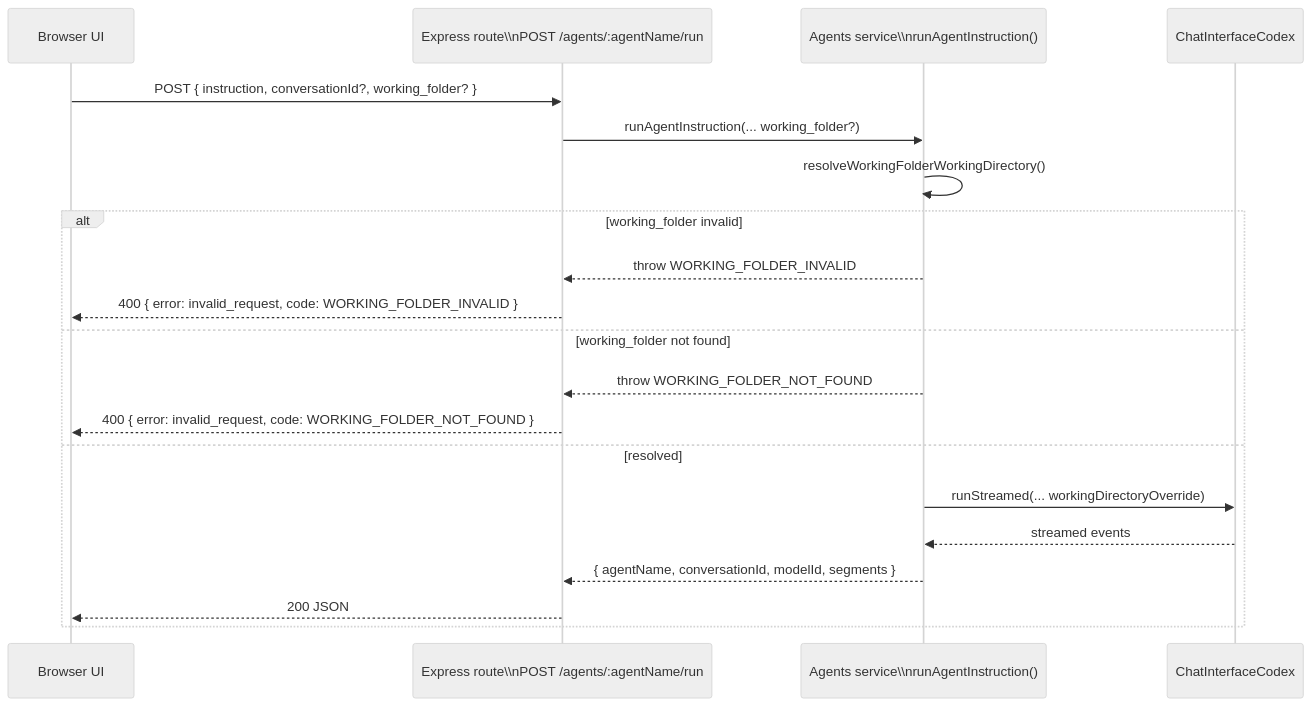
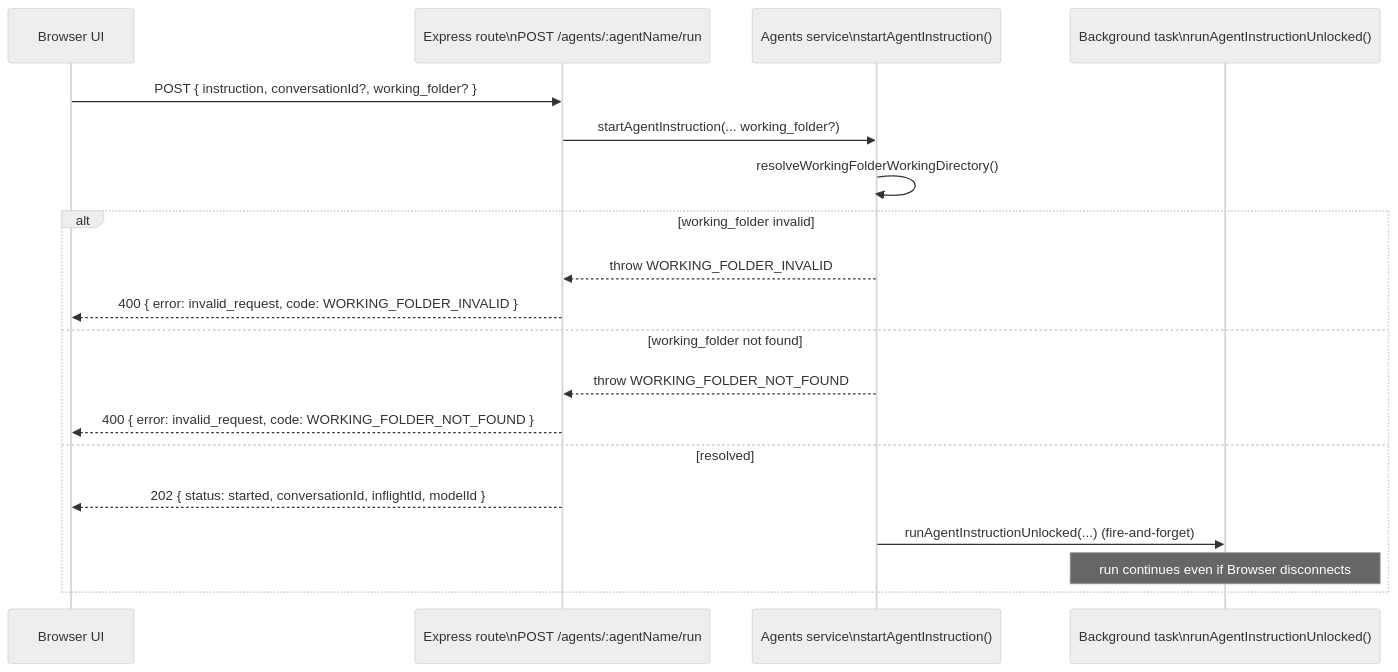
Before and after one commit to Chargeuk/codeInfo2: diagram 22 of 52 in design.md, drawn with Mermaid (neutral theme). The commit also changed other lines of this file and 24 other files, not shown here.

````diff
--- a/design.md
+++ b/design.md
@@ -612,23 +620,22 @@
 ```mermaid
 sequenceDiagram
   participant Browser as Browser UI
-  participant Route as Express route\\nPOST /agents/:agentName/run
-  participant Svc as Agents service\\nrunAgentInstruction()
-  participant Codex as ChatInterfaceCodex
+  participant Route as Express route\nPOST /agents/:agentName/run
+  participant Svc as Agents service\nstartAgentInstruction()
+  participant Bg as Background task\nrunAgentInstructionUnlocked()
 
   Browser->>Route: POST { instruction, conversationId?, working_folder? }
-  Route->>Svc: runAgentInstruction(... working_folder?)
+  Route->>Svc: startAgentInstruction(... working_folder?)
   Svc->>Svc: resolveWorkingFolderWorkingDirectory()
   alt working_folder invalid
     Svc-->>Route: throw WORKING_FOLDER_INVALID
     Route-->>Browser: 400 { error: invalid_request, code: WORKING_FOLDER_INVALID }
   else working_folder not found
     Svc-->>Route: throw WORKING_FOLDER_NOT_FOUND
     Route-->>Browser: 400 { error: invalid_request, code: WORKING_FOLDER_NOT_FOUND }
   else resolved
-    Svc->>Codex: runStreamed(... workingDirectoryOverride)
-    Codex-->>Svc: streamed events
-    Svc-->>Route: { agentName, conversationId, modelId, segments }
-    Route-->>Browser: 200 JSON
+    Route-->>Browser: 202 { status: started, conversationId, inflightId, modelId }
+    Svc->>Bg: runAgentInstructionUnlocked(...) (fire-and-forget)
+    Note over Bg: run continues even if Browser disconnects
   end
 ```
````
